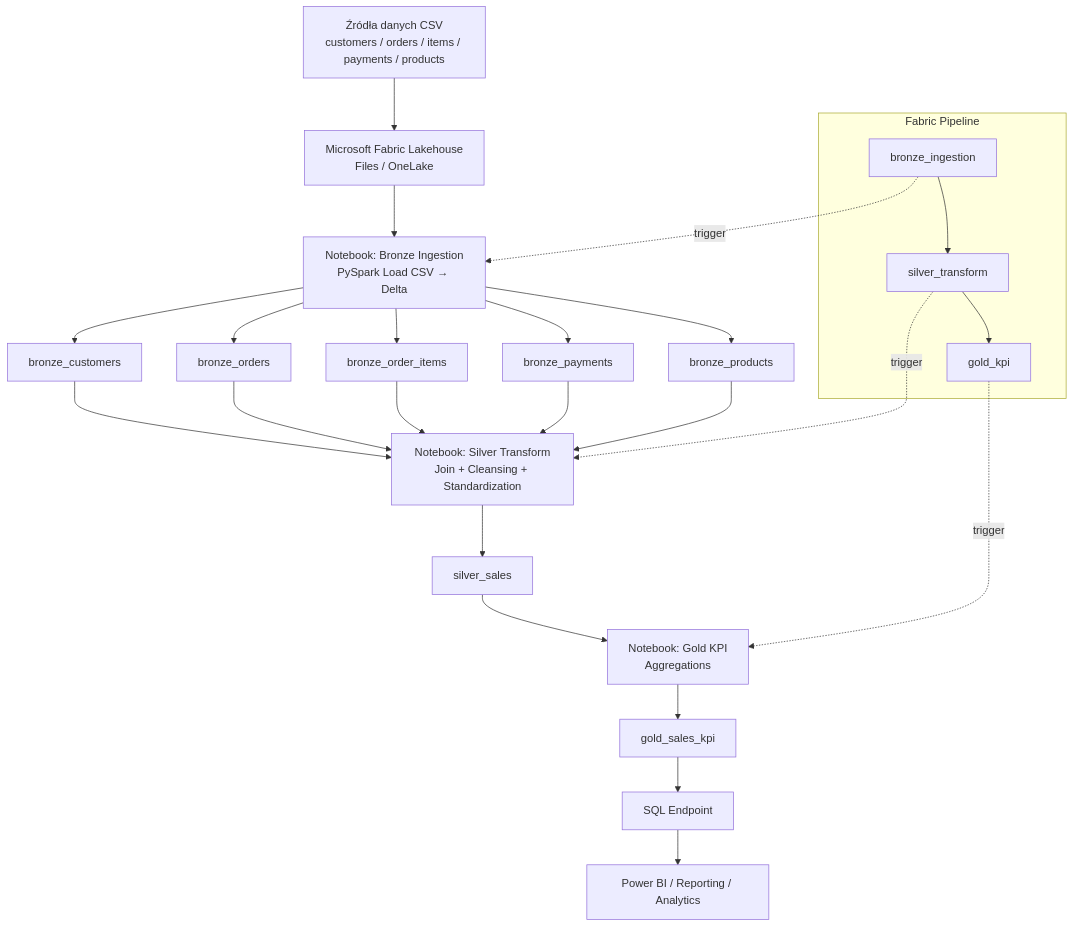
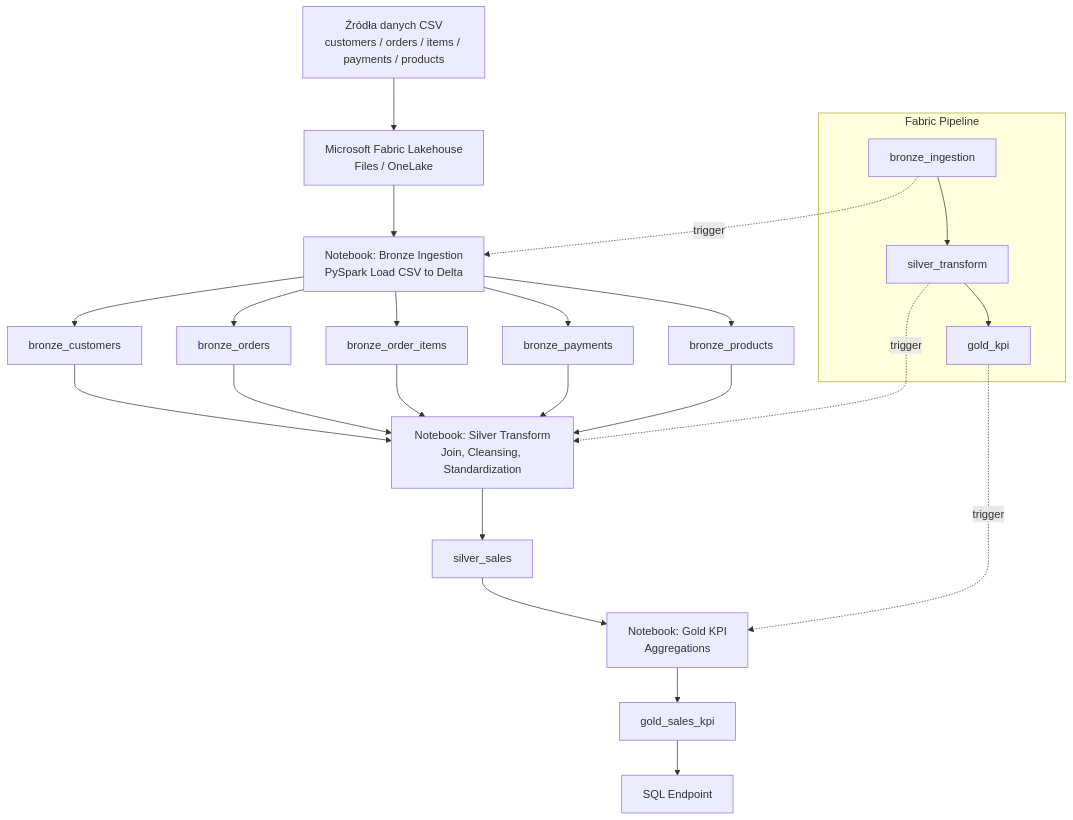
One commit to mazm9/olist-fabric-medallion changed the diagram in README.md. Above: the diagram before and after it, drawn with Mermaid.

Commit message:
Clarify transformation steps in README
Updated the README to clarify the transformation steps in the data pipeline.

````diff
--- a/README.md
+++ b/README.md
@@ -26,42 +26,40 @@
 ```mermaid
 flowchart TD
 
     A[Źródła danych CSV<br/>customers / orders / items / payments / products]
 
     A --> B[Microsoft Fabric Lakehouse<br/>Files / OneLake]
 
-    B --> C[Notebook: Bronze Ingestion<br/>PySpark Load CSV → Delta]
+    B --> C[Notebook: Bronze Ingestion<br/>PySpark Load CSV to Delta]
 
     C --> D1[bronze_customers]
     C --> D2[bronze_orders]
     C --> D3[bronze_order_items]
     C --> D4[bronze_payments]
     C --> D5[bronze_products]
 
-    D1 --> E[Notebook: Silver Transform<br/>Join + Cleansing + Standardization]
+    D1 --> E[Notebook: Silver Transform<br/>Join, Cleansing, Standardization]
     D2 --> E
     D3 --> E
     D4 --> E
     D5 --> E
 
     E --> F[silver_sales]
 
     F --> G[Notebook: Gold KPI<br/>Aggregations]
 
     G --> H[gold_sales_kpi]
 
     H --> I[SQL Endpoint]
 
-    I --> J[Power BI / Reporting / Analytics]
-
     subgraph ORCHESTRATION [Fabric Pipeline]
         P1[bronze_ingestion]
         P2[silver_transform]
         P3[gold_kpi]
         P1 --> P2 --> P3
     end
 
     P1 -.trigger.-> C
     P2 -.trigger.-> E
     P3 -.trigger.-> G
 ```
````
